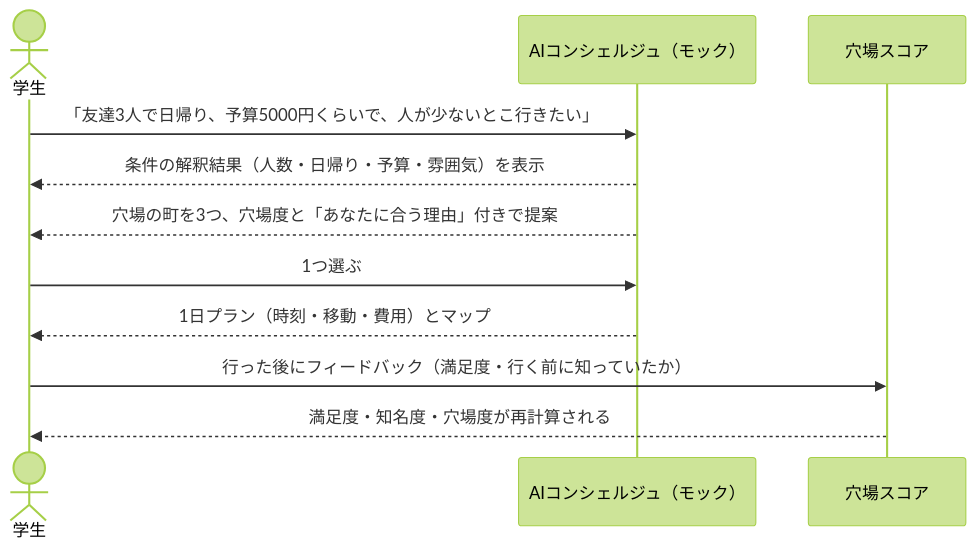
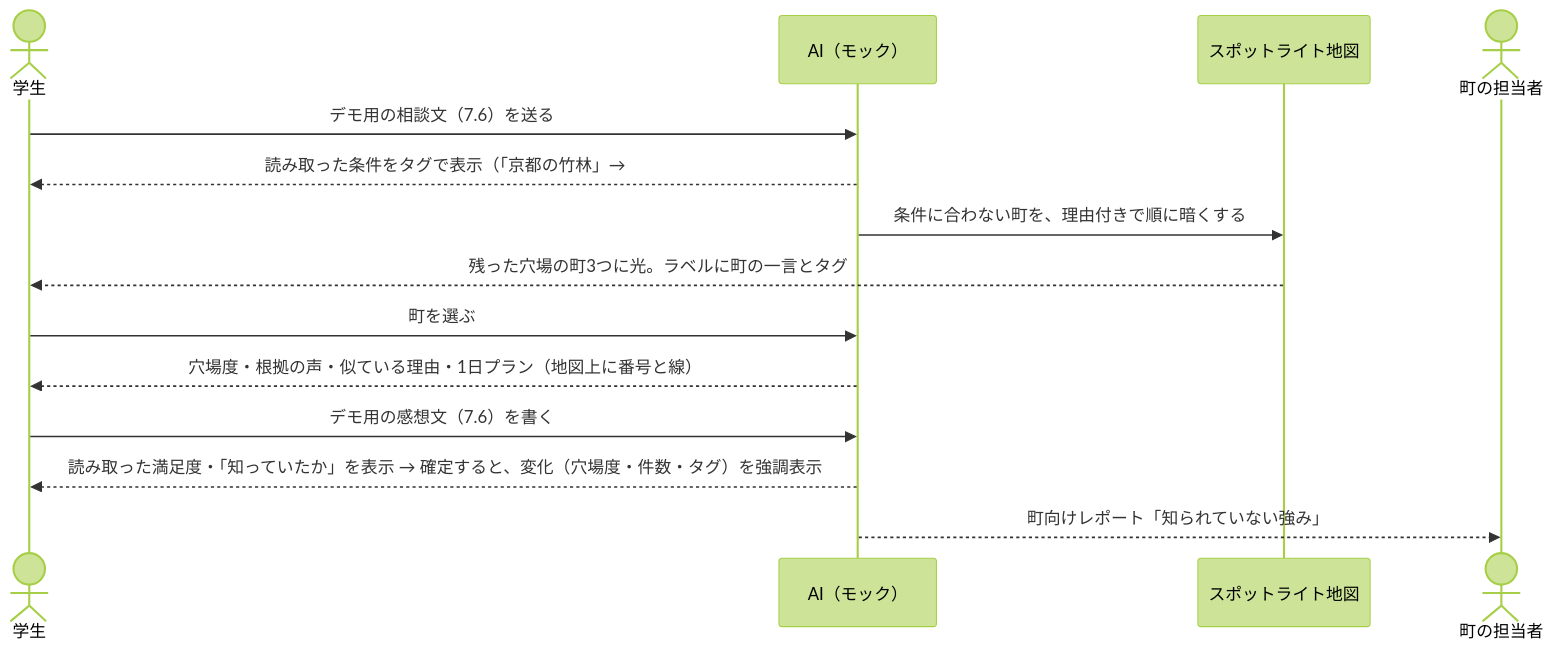
One commit to kosei-doi/poker changed the diagram in docs/requirements-poc.md. Above: the diagram before and after it, drawn with Mermaid (forest theme). The commit also changed other lines of this file, not shown here.

````diff
--- a/docs/requirements-poc.md
+++ b/docs/requirements-poc.md
@@ -28,13 +42,16 @@
 ```mermaid
 sequenceDiagram
   actor U as 学生
-  participant A as AIコンシェルジュ（モック）
-  participant S as 穴場スコア
-  U->>A: 「友達3人で日帰り、予算5000円くらいで、人が少ないとこ行きたい」
-  A-->>U: 条件の解釈結果（人数・日帰り・予算・雰囲気）を表示
-  A-->>U: 穴場の町を3つ、穴場度と「あなたに合う理由」付きで提案
-  U->>A: 1つ選ぶ
-  A-->>U: 1日プラン（時刻・移動・費用）とマップ
-  U->>S: 行った後にフィードバック（満足度・行く前に知っていたか）
-  S-->>U: 満足度・知名度・穴場度が再計算される
+  participant A as AI（モック）
+  participant M as スポットライト地図
+  actor T as 町の担当者
+  U->>A: デモ用の相談文（7.6）を送る
+  A-->>U: 読み取った条件をタグで表示（「京都の竹林」→ #竹 #静か #散策）
+  A->>M: 条件に合わない町を、理由付きで順に暗くする
+  M-->>U: 残った穴場の町3つに光。ラベルに町の一言とタグ
+  U->>A: 町を選ぶ
+  A-->>U: 穴場度・根拠の声・似ている理由・1日プラン（地図上に番号と線）
+  U->>A: デモ用の感想文（7.6）を書く
+  A-->>U: 読み取った満足度・「知っていたか」を表示 → 確定すると、変化（穴場度・件数・タグ）を強調表示
+  A-->>T: 町向けレポート「知られていない強み」
 ```
````
